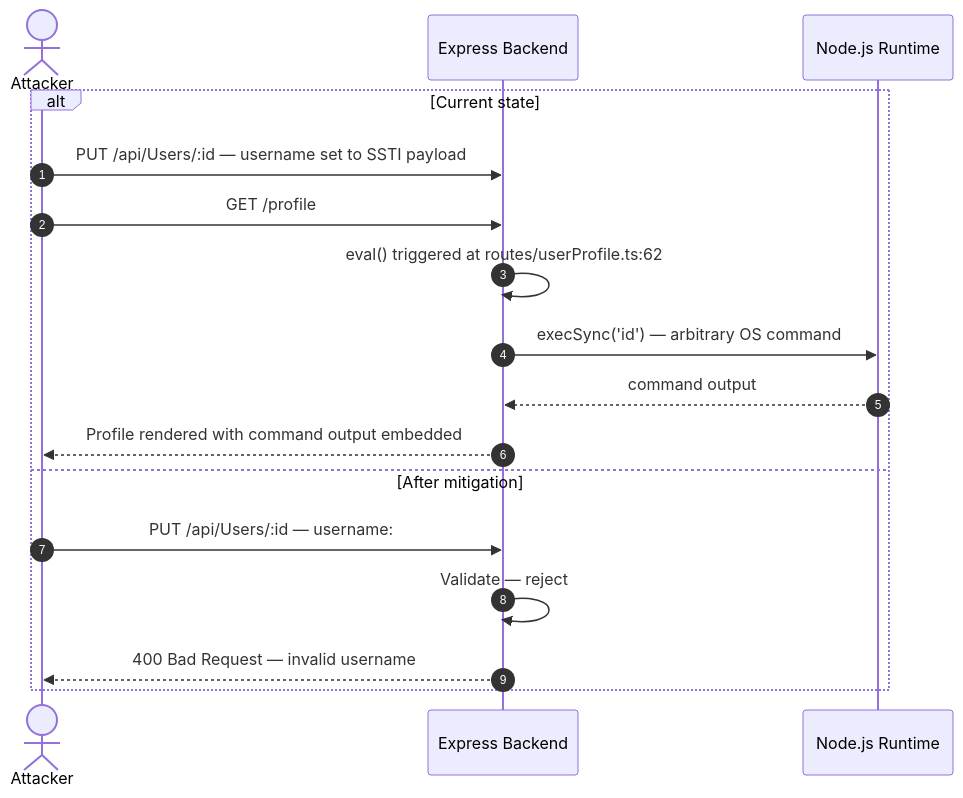
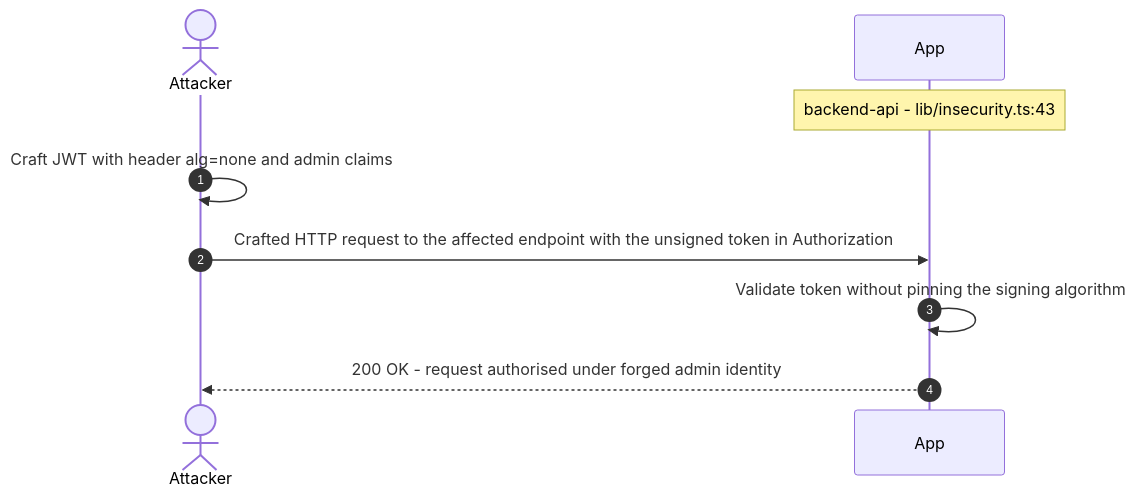
Diagram 16 of 19 in examples/threat-modeler/threat-model-juice-shop-standard.md (appsec-foundry/appsec-advisor), drawn with Mermaid before and after one commit. The commit also changed other lines of this file and 4 other files, not shown here.

````diff
--- a/examples/threat-modeler/threat-model-juice-shop-standard.md
+++ b/examples/threat-modeler/threat-model-juice-shop-standard.md
@@ -758,20 +756,11 @@
 ```mermaid
 sequenceDiagram
     autonumber
     actor Attacker
-    participant App as Express Backend
-    participant OS as Node.js Runtime
-
-    alt Current state
-        Attacker->>App: PUT /api/Users/:id — username set to SSTI payload
-        Attacker->>App: GET /profile
-        App->>App: eval() triggered at routes/userProfile.ts:62
-        App->>OS: execSync('id') — arbitrary OS command
-        OS-->>App: command output
-        App-->>Attacker: Profile rendered with command output embedded
-    else After mitigation
-        Attacker->>App: PUT /api/Users/:id — username: #{require(...)}
-        App->>App: Validate — reject #{...} pattern at input time
-        App-->>Attacker: 400 Bad Request — invalid username
-    end
+    participant App
+    Note over App: backend-api - lib/insecurity.ts:43
+    Attacker->>Attacker: Craft JWT with header alg=none and admin claims
+    Attacker->>App: Crafted HTTP request to the affected endpoint with the unsigned token in Authorization
+    App->>App: Validate token without pinning the signing algorithm
+    App-->>Attacker: 200 OK - request authorised under forged admin identity
 ```
````
